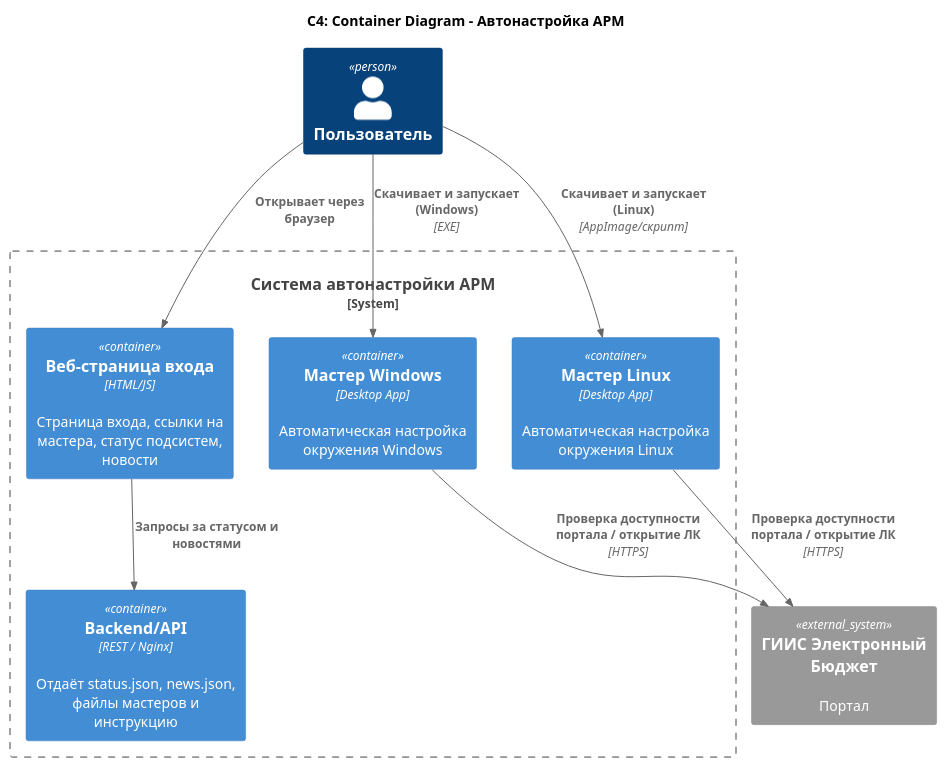
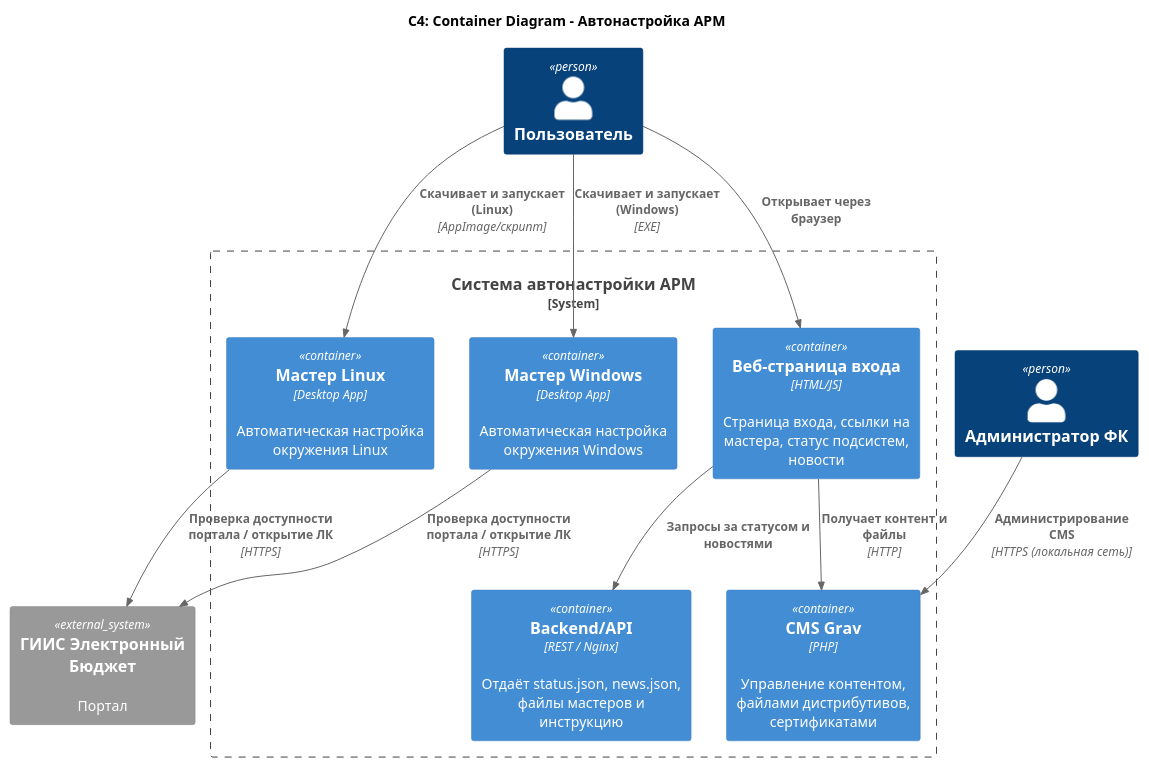
One commit to LobovVit/automatic_workplace_setup changed the diagram in docs/c4/c4-level2-containers.puml. Above: the diagram before and after it, drawn with PlantUML. The commit also changed 2 other files, not shown here.

Commit message:
add: CMS Grav

```diff
--- a/docs/c4/c4-level2-containers.puml
+++ b/docs/c4/c4-level2-containers.puml
@@ -1,18 +1,28 @@
 @startuml c4-level2-containers
 !include ./include/C4_Container.puml
 title C4: Container Diagram – Автонастройка АРМ
+
 Person(user, "Пользователь")
+
 System_Boundary(sys, "Система автонастройки АРМ") {
   Container(web, "Веб-страница входа", "HTML/JS", "Страница входа, ссылки на мастера, статус подсистем, новости")
+  Container(grav, "CMS Grav", "PHP", "Управление контентом, файлами дистрибутивов, сертификатами")
   Container(backend, "Backend/API", "REST / Nginx", "Отдаёт status.json, news.json, файлы мастеров и инструкцию")
   Container(master_win, "Мастер Windows", "Desktop App", "Автоматическая настройка окружения Windows")
   Container(master_linux, "Мастер Linux", "Desktop App", "Автоматическая настройка окружения Linux")
 }
+
 System_Ext(eb, "ГИИС Электронный Бюджет", "Портал")
+
 Rel(user, web, "Открывает через браузер")
 Rel(web, backend, "Запросы за статусом и новостями")
 Rel(user, master_win, "Скачивает и запускает (Windows)", "EXE")
 Rel(user, master_linux, "Скачивает и запускает (Linux)", "AppImage/скрипт")
 Rel(master_win, eb, "Проверка доступности портала / открытие ЛК", "HTTPS")
 Rel(master_linux, eb, "Проверка доступности портала / открытие ЛК", "HTTPS")
+
+Person(admin, "Администратор ФК")
+Rel(web, grav, "Получает контент и файлы", "HTTP")
+Rel(admin, grav, "Администрирование CMS", "HTTPS (локальная сеть)")
+
 @enduml
```
